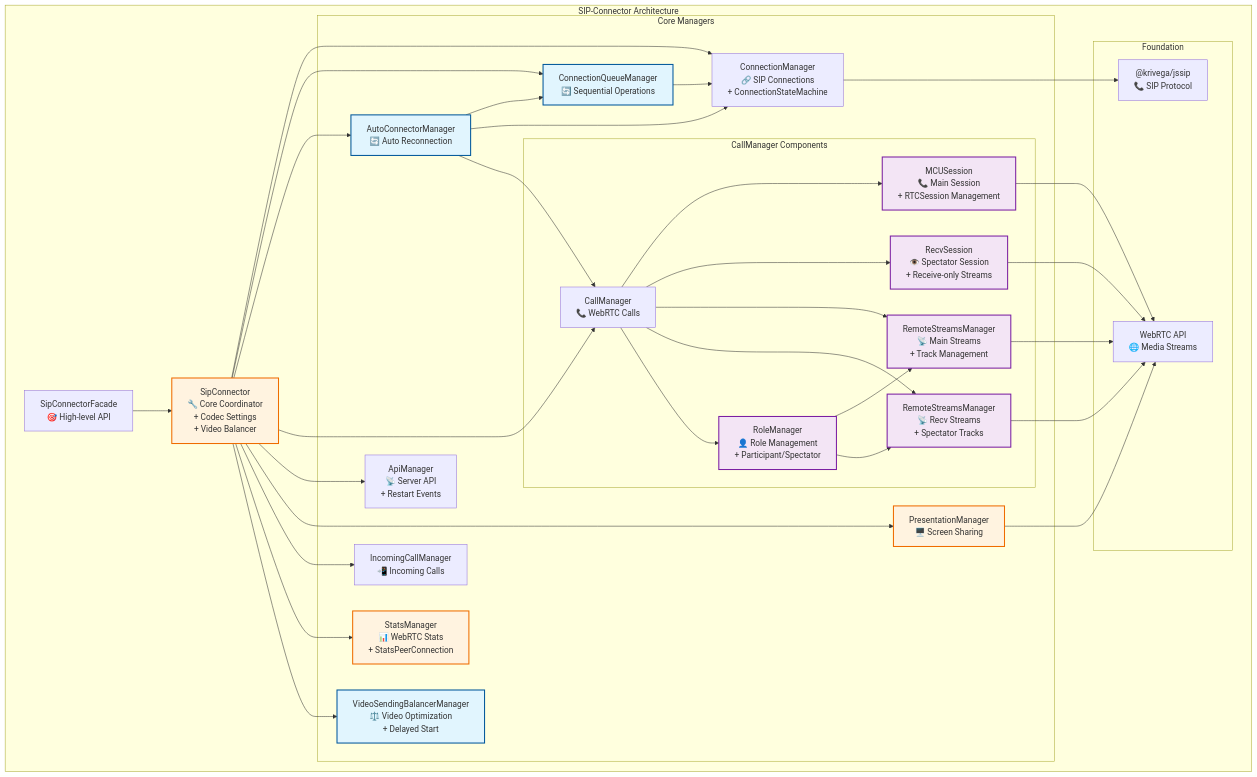
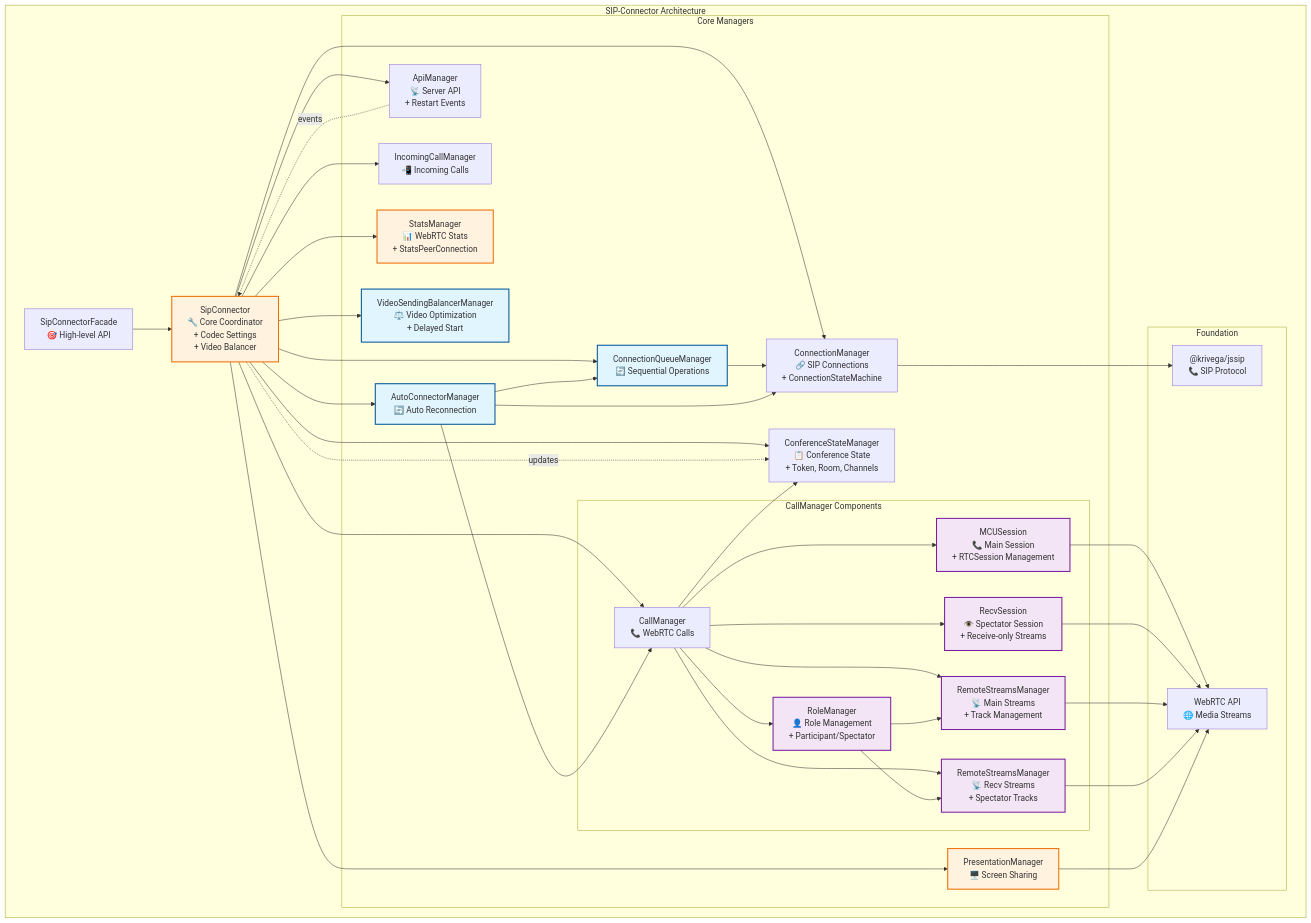
One commit to Krivega/sip-connector changed the first of 2 diagrams in docs/arch.md. Above: the diagram before and after it, drawn with Mermaid. The commit also changed other lines of this file and 20 other files, not shown here.

Commit message:
feat: introduce ConferenceStateManager for centralized conference state management

````diff
--- a/docs/arch.md
+++ b/docs/arch.md
@@ -287,75 +325,80 @@
 ```mermaid
 graph TB
     subgraph "SIP-Connector Architecture"
         A["SipConnectorFacade<br/>🎯 High-level API"]
         B["SipConnector<br/>🔧 Core Coordinator<br/>+ Codec Settings<br/>+ Video Balancer"]
 
         subgraph "Core Managers"
             C["ConnectionManager<br/>🔗 SIP Connections<br/>+ ConnectionStateMachine"]
+            CS["ConferenceStateManager<br/>📋 Conference State<br/>+ Token, Room, Channels"]
 
             subgraph "CallManager Components"
                 D["CallManager<br/>📞 WebRTC Calls"]
                 D1["MCUSession<br/>📞 Main Session<br/>+ RTCSession Management"]
                 D2["RecvSession<br/>👁️ Spectator Session<br/>+ Receive-only Streams"]
                 D3["RemoteStreamsManager<br/>📡 Main Streams<br/>+ Track Management"]
                 D4["RemoteStreamsManager<br/>📡 Recv Streams<br/>+ Spectator Tracks"]
                 D5["RoleManager<br/>👤 Role Management<br/>+ Participant/Spectator"]
             end
 
             E["ApiManager<br/>📡 Server API<br/>+ Restart Events"]
             F["PresentationManager<br/>🖥️ Screen Sharing"]
             G["IncomingCallManager<br/>📲 Incoming Calls"]
             H["StatsManager<br/>📊 WebRTC Stats<br/>+ StatsPeerConnection"]
             I["VideoSendingBalancerManager<br/>⚖️ Video Optimization<br/>+ Delayed Start"]
             K["ConnectionQueueManager<br/>🔄 Sequential Operations"]
             L["AutoConnectorManager<br/>🔄 Auto Reconnection"]
         end
 
         subgraph "Foundation"
             M["@krivega/jssip<br/>📞 SIP Protocol"]
             N["WebRTC API<br/>🌐 Media Streams"]
         end
 
         A --> B
         B --> C
+        B --> CS
         B --> K
         B --> L
         B --> D
         B --> E
         B --> F
         B --> G
         B --> H
         B --> I
 
+        D --> CS
         D --> D1
         D --> D2
         D --> D3
         D --> D4
         D --> D5
         D1 --> N
         D2 --> N
         D3 --> N
         D4 --> N
         D5 --> D3
         D5 --> D4
+        E -.->|events| B
+        B -.->|updates| CS
 
         F --> N
         C --> M
         K --> C
         L --> K
         L --> C
         L --> D
     end
 
     style I fill:#e1f5fe,stroke:#01579b,stroke-width:2px
     style K fill:#e1f5fe,stroke:#01579b,stroke-width:2px
     style L fill:#e1f5fe,stroke:#01579b,stroke-width:2px
     style B fill:#fff3e0,stroke:#ef6c00,stroke-width:2px
     style F fill:#fff3e0,stroke:#ef6c00,stroke-width:2px
     style H fill:#fff3e0,stroke:#ef6c00,stroke-width:2px
     style D1 fill:#f3e5f5,stroke:#7b1fa2,stroke-width:2px
     style D2 fill:#f3e5f5,stroke:#7b1fa2,stroke-width:2px
     style D3 fill:#f3e5f5,stroke:#7b1fa2,stroke-width:2px
     style D4 fill:#f3e5f5,stroke:#7b1fa2,stroke-width:2px
     style D5 fill:#f3e5f5,stroke:#7b1fa2,stroke-width:2px
 ```
````
